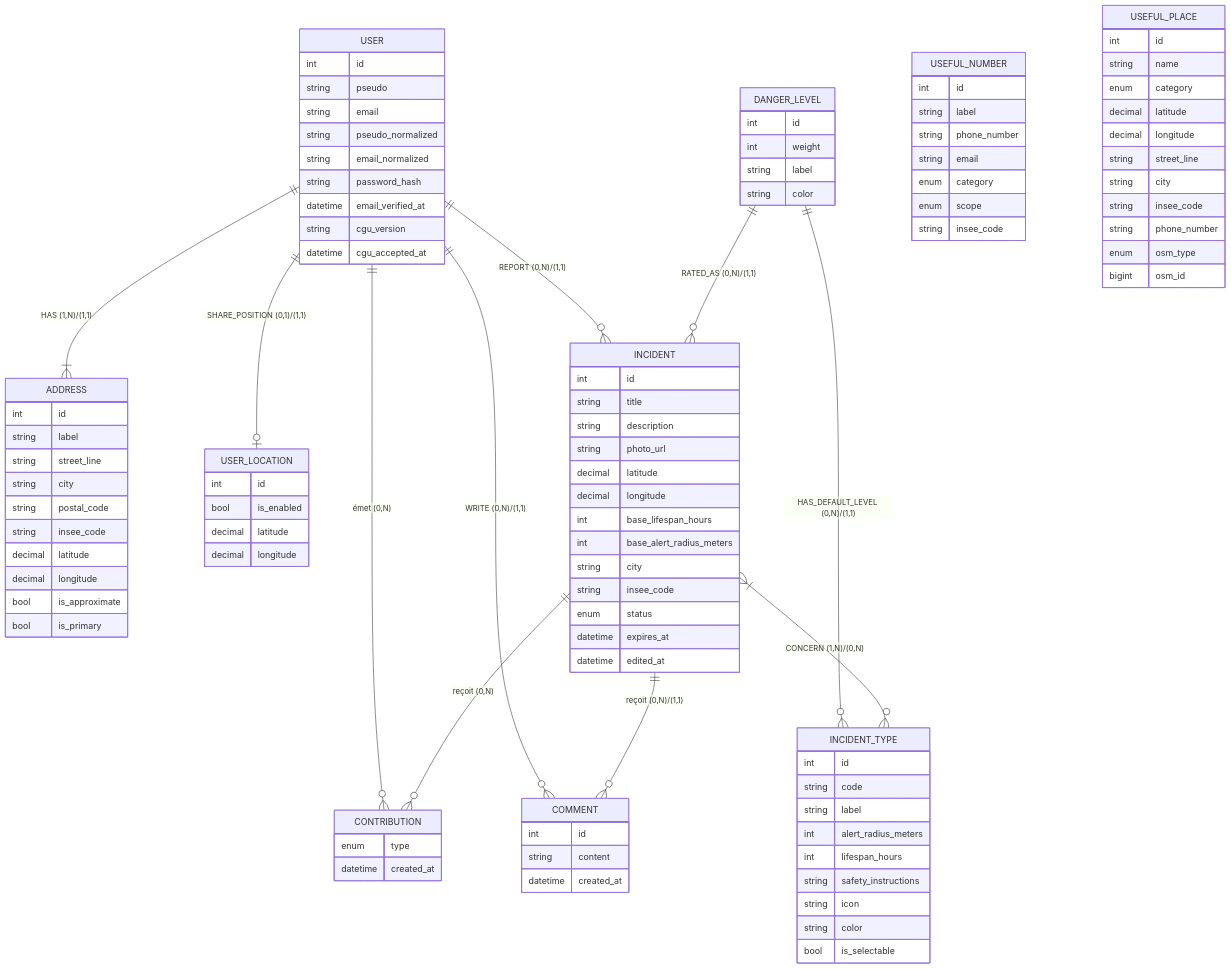
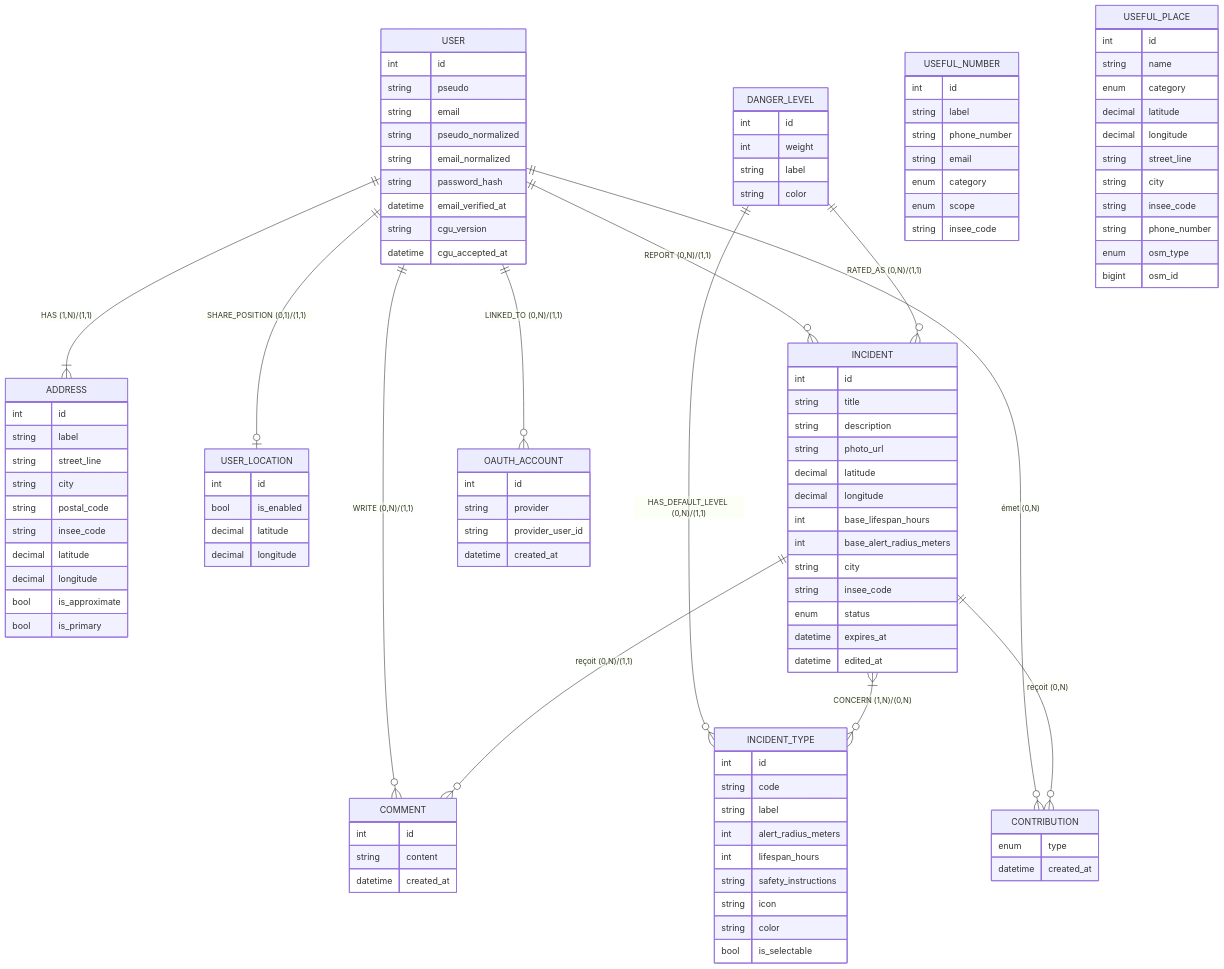
One commit to WildCodeSchool-2025-09/p3-0526-remote-vigie changed the first of 3 diagrams in VIGIE.md. Above: the diagram before and after it, drawn with Mermaid. The commit also changed other lines of this file, not shown here.

First line of the commit message:
(US22) document the oauth_account table in VIGIE.md

```diff
--- a/VIGIE.md
+++ b/VIGIE.md
@@ -133,6 +134,7 @@
     INCIDENT }|--o{ INCIDENT_TYPE : "CONCERN (1,N)/(0,N)"
     USER ||--o{ CONTRIBUTION : "émet (0,N)"
     INCIDENT ||--o{ CONTRIBUTION : "reçoit (0,N)"
+    USER ||--o{ OAUTH_ACCOUNT : "LINKED_TO (0,N)/(1,1)"
 
     USER {
         int id
@@ -144,6 +146,12 @@
         datetime email_verified_at
         string cgu_version
         datetime cgu_accepted_at
+    }
+    OAUTH_ACCOUNT {
+        int id
+        string provider
+        string provider_user_id
+        datetime created_at
     }
     ADDRESS {
         int id
```
